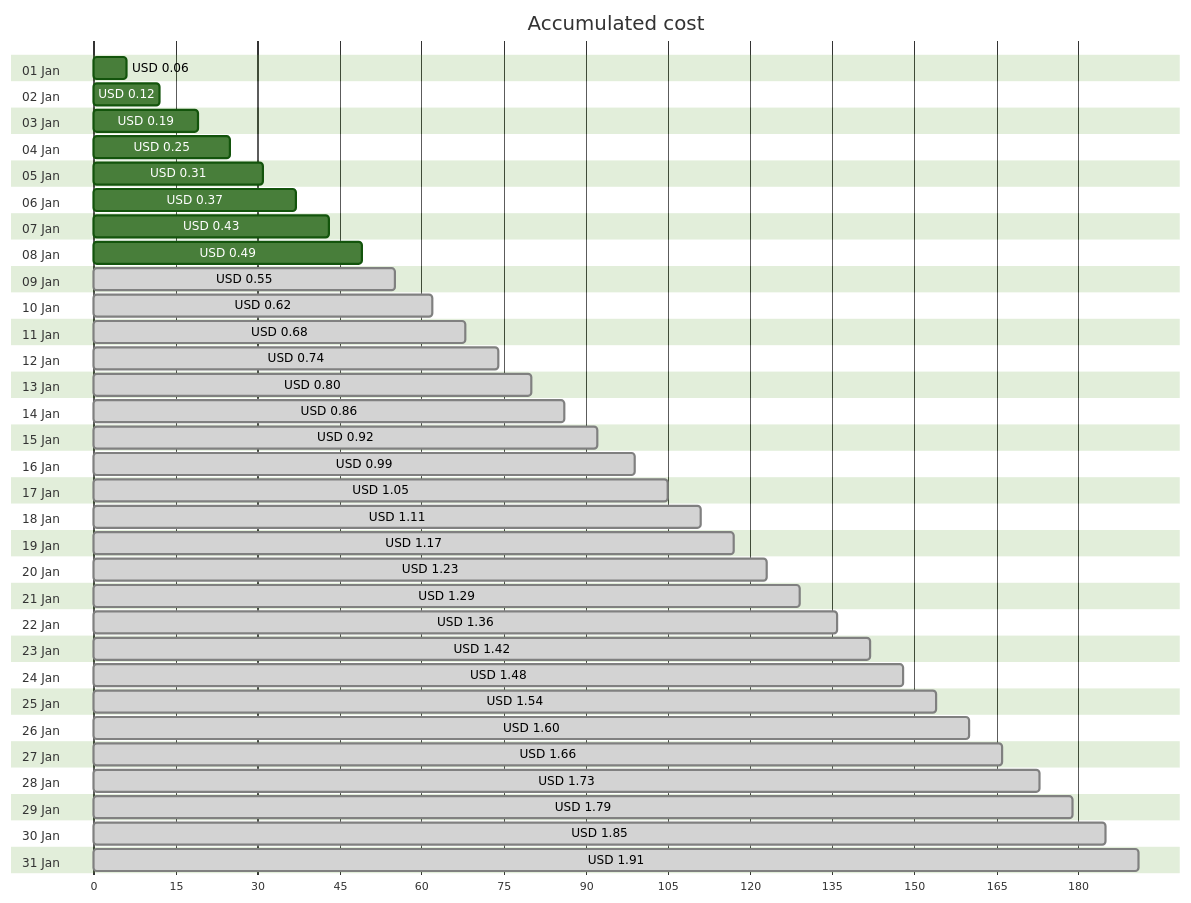
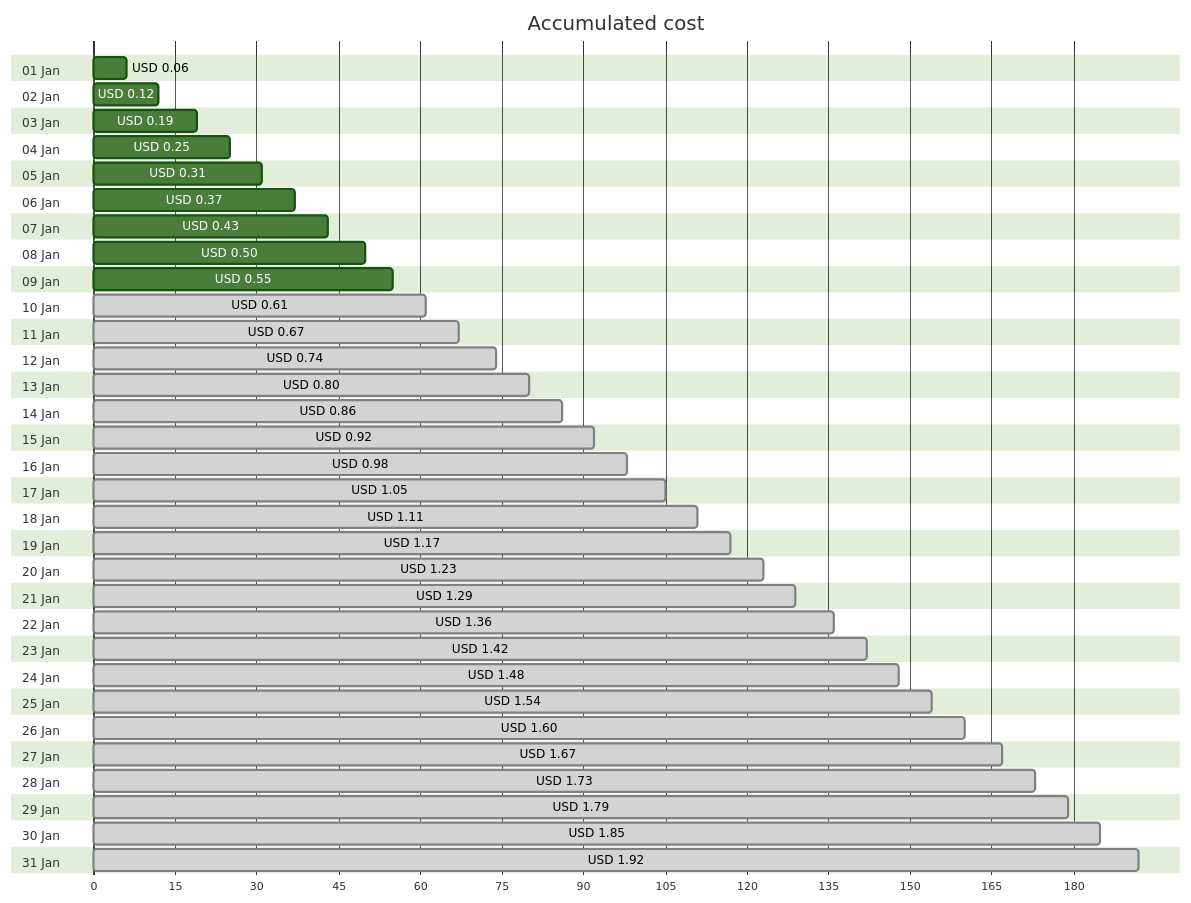
One commit to jpfulton/azure-personal-reports changed the first of 4 diagrams in cost-reports/personal-network/backup-server_OsDisk.md. Above: the diagram before and after it, drawn with Mermaid (forest theme). The commit also changed other lines of this file and 8 other files, not shown here.

````diff
--- a/cost-reports/personal-network/backup-server_OsDisk.md
+++ b/cost-reports/personal-network/backup-server_OsDisk.md
@@ -20,68 +20,68 @@
 ```mermaid
 gantt
    title Accumulated cost
    dateFormat  X
    axisFormat %s
    section 01 Jan
    USD 0.06 :0, 6
    section 02 Jan
    USD 0.12 :0, 12
    section 03 Jan
    USD 0.19 :0, 19
    section 04 Jan
    USD 0.25 :0, 25
    section 05 Jan
    USD 0.31 :0, 31
    section 06 Jan
    USD 0.37 :0, 37
    section 07 Jan
    USD 0.43 :0, 43
    section 08 Jan
-   USD 0.49 :0, 49
+   USD 0.50 :0, 50
    section 09 Jan
-   USD 0.55 : done, 0, 55
+   USD 0.55 :0, 55
    section 10 Jan
-   USD 0.62 : done, 0, 62
+   USD 0.61 : done, 0, 61
    section 11 Jan
-   USD 0.68 : done, 0, 68
+   USD 0.67 : done, 0, 67
    section 12 Jan
    USD 0.74 : done, 0, 74
    section 13 Jan
    USD 0.80 : done, 0, 80
    section 14 Jan
    USD 0.86 : done, 0, 86
    section 15 Jan
    USD 0.92 : done, 0, 92
    section 16 Jan
-   USD 0.99 : done, 0, 99
+   USD 0.98 : done, 0, 98
    section 17 Jan
    USD 1.05 : done, 0, 105
    section 18 Jan
    USD 1.11 : done, 0, 111
    section 19 Jan
    USD 1.17 : done, 0, 117
    section 20 Jan
    USD 1.23 : done, 0, 123
    section 21 Jan
    USD 1.29 : done, 0, 129
    section 22 Jan
    USD 1.36 : done, 0, 136
    section 23 Jan
    USD 1.42 : done, 0, 142
    section 24 Jan
    USD 1.48 : done, 0, 148
    section 25 Jan
    USD 1.54 : done, 0, 154
    section 26 Jan
    USD 1.60 : done, 0, 160
    section 27 Jan
-   USD 1.66 : done, 0, 166
+   USD 1.67 : done, 0, 167
    section 28 Jan
    USD 1.73 : done, 0, 173
    section 29 Jan
    USD 1.79 : done, 0, 179
    section 30 Jan
    USD 1.85 : done, 0, 185
    section 31 Jan
-   USD 1.91 : done, 0, 191
+   USD 1.92 : done, 0, 192
 ```
````
